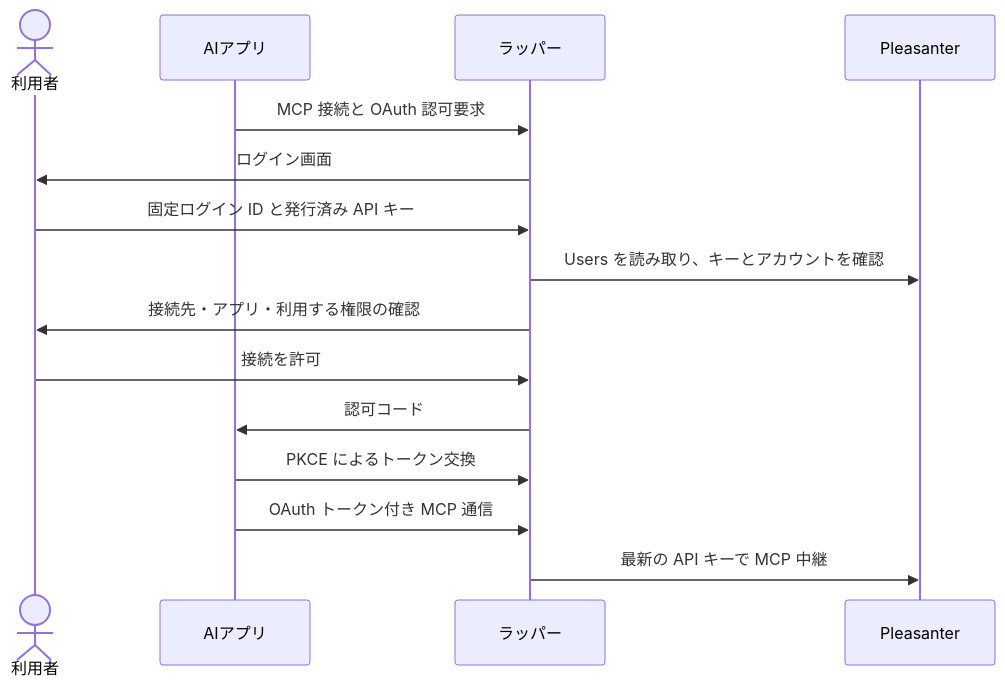
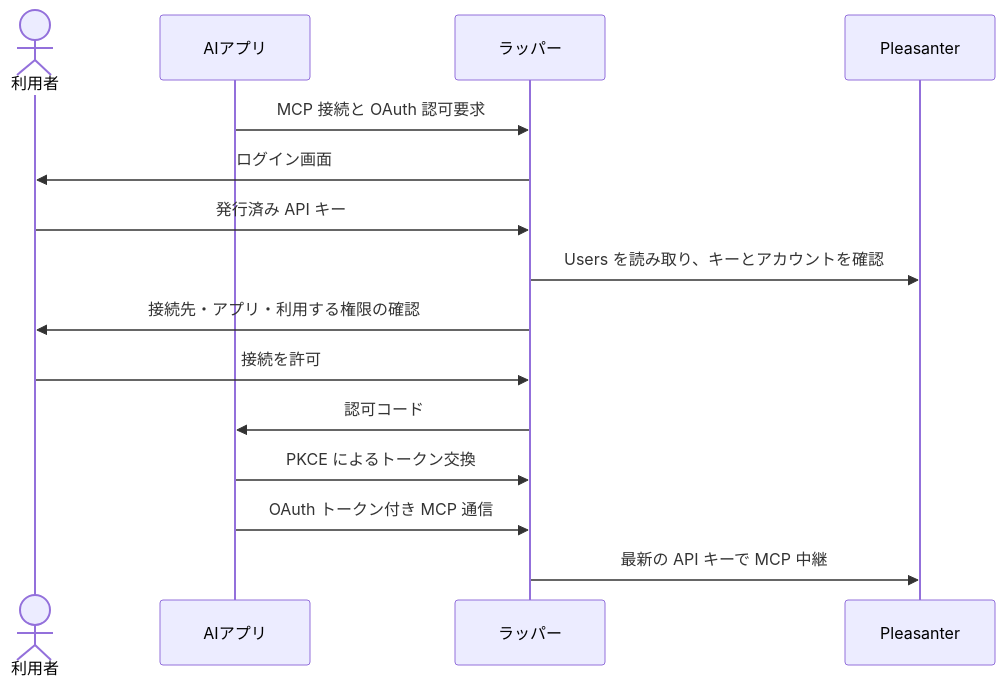
Before and after one commit to vehiclevisionjp/VehicleVision.PleasanterTools.McpOAuthWrapper: the diagram in _documents/利用ガイド.md, drawn with Mermaid. The commit also changed other lines of this file and 27 other files, not shown here.

````diff
--- a/_documents/利用ガイド.md
+++ b/_documents/利用ガイド.md
@@ -5,17 +5,17 @@
 ```mermaid
 sequenceDiagram
     actor 利用者
     participant AIアプリ
     participant ラッパー
     participant Pleasanter
     AIアプリ->>ラッパー: MCP 接続と OAuth 認可要求
     ラッパー->>利用者: ログイン画面
-    利用者->>ラッパー: 固定ログイン ID と発行済み API キー
+    利用者->>ラッパー: 発行済み API キー
     ラッパー->>Pleasanter: Users を読み取り、キーとアカウントを確認
     ラッパー->>利用者: 接続先・アプリ・利用する権限の確認
     利用者->>ラッパー: 接続を許可
     ラッパー->>AIアプリ: 認可コード
     AIアプリ->>ラッパー: PKCE によるトークン交換
     AIアプリ->>ラッパー: OAuth トークン付き MCP 通信
     ラッパー->>Pleasanter: 最新の API キーで MCP 中継
 ```
````
